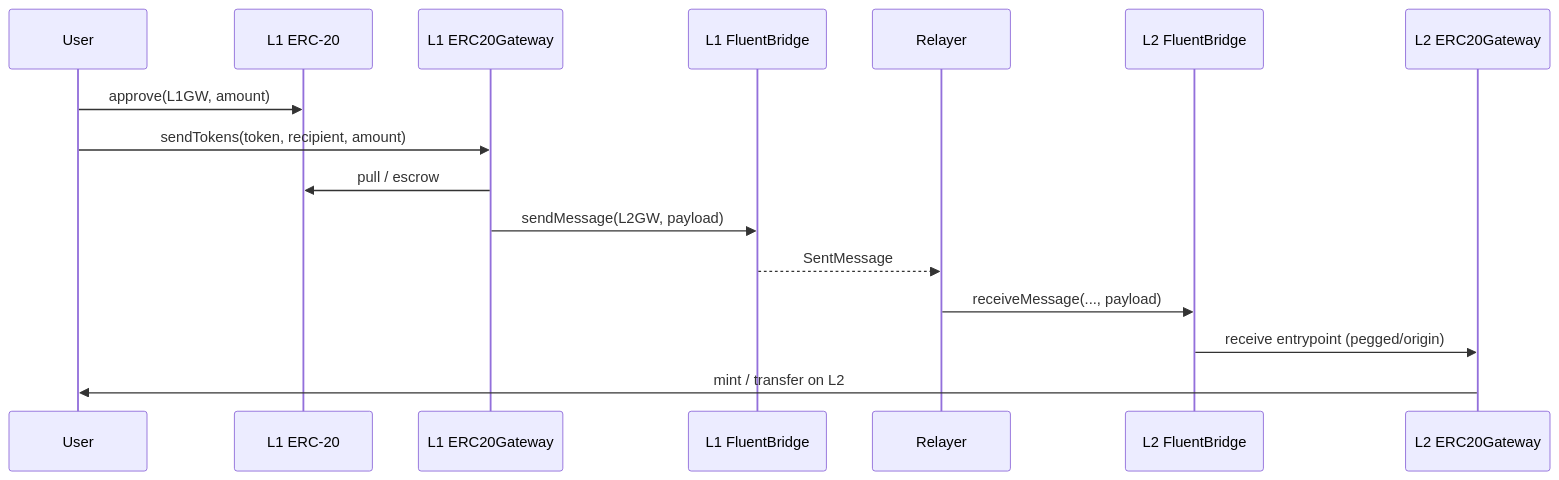
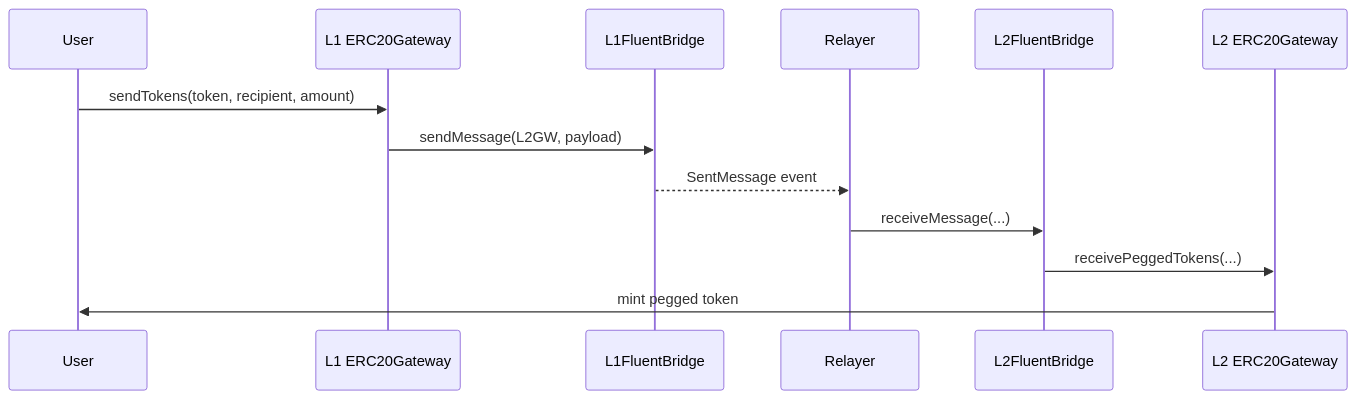
Before and after one commit to fluentlabs-xyz/solidity-contracts: the diagram in README.md, drawn with Mermaid. The commit also changed other lines of this file and 3 other files, not shown here.

````diff
--- a/README.md
+++ b/README.md
@@ -61,19 +32,16 @@
 ```mermaid
 sequenceDiagram
     participant User
-    participant L1Token as L1 ERC-20
     participant L1GW as L1 ERC20Gateway
-    participant L1Br as L1 FluentBridge
+    participant L1Br as L1FluentBridge
     participant Relayer
-    participant L2Br as L2 FluentBridge
+    participant L2Br as L2FluentBridge
     participant L2GW as L2 ERC20Gateway
 
-    User->>L1Token: approve(L1GW, amount)
     User->>L1GW: sendTokens(token, recipient, amount)
-    L1GW->>L1Token: pull / escrow
     L1GW->>L1Br: sendMessage(L2GW, payload)
-    L1Br-->>Relayer: SentMessage
-    Relayer->>L2Br: receiveMessage(..., payload)
-    L2Br->>L2GW: receive entrypoint (pegged/origin)
-    L2GW->>User: mint / transfer on L2
+    L1Br-->>Relayer: SentMessage event
+    Relayer->>L2Br: receiveMessage(...)
+    L2Br->>L2GW: receivePeggedTokens(...)
+    L2GW->>User: mint pegged token
 ```
````
